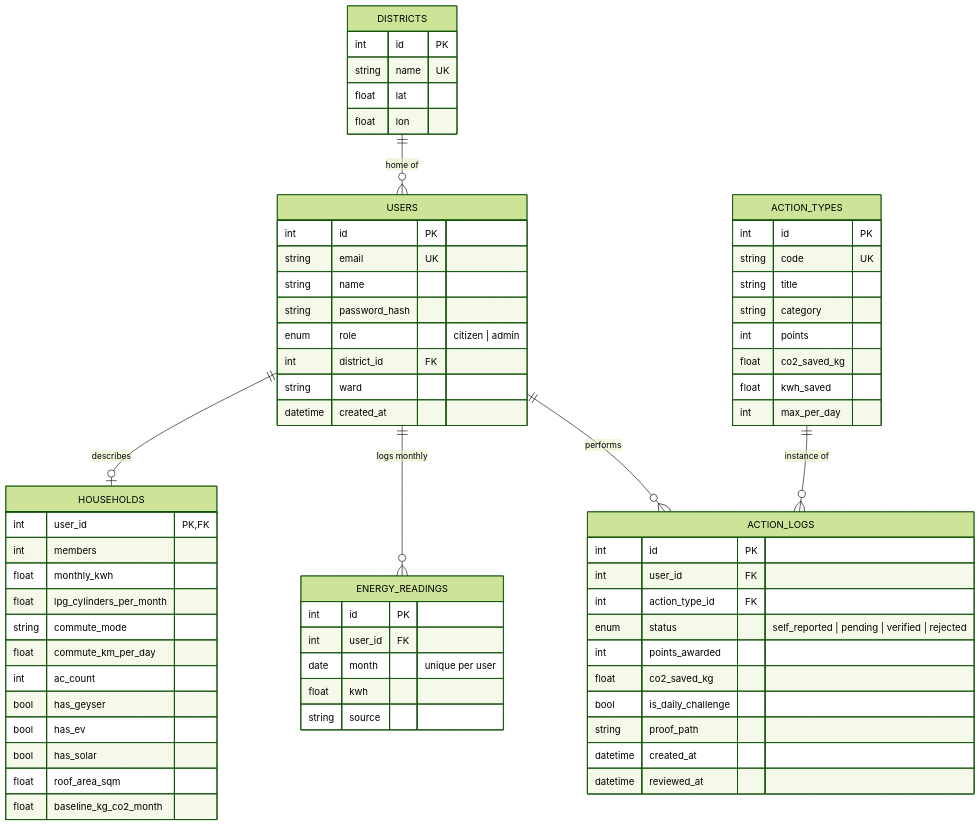
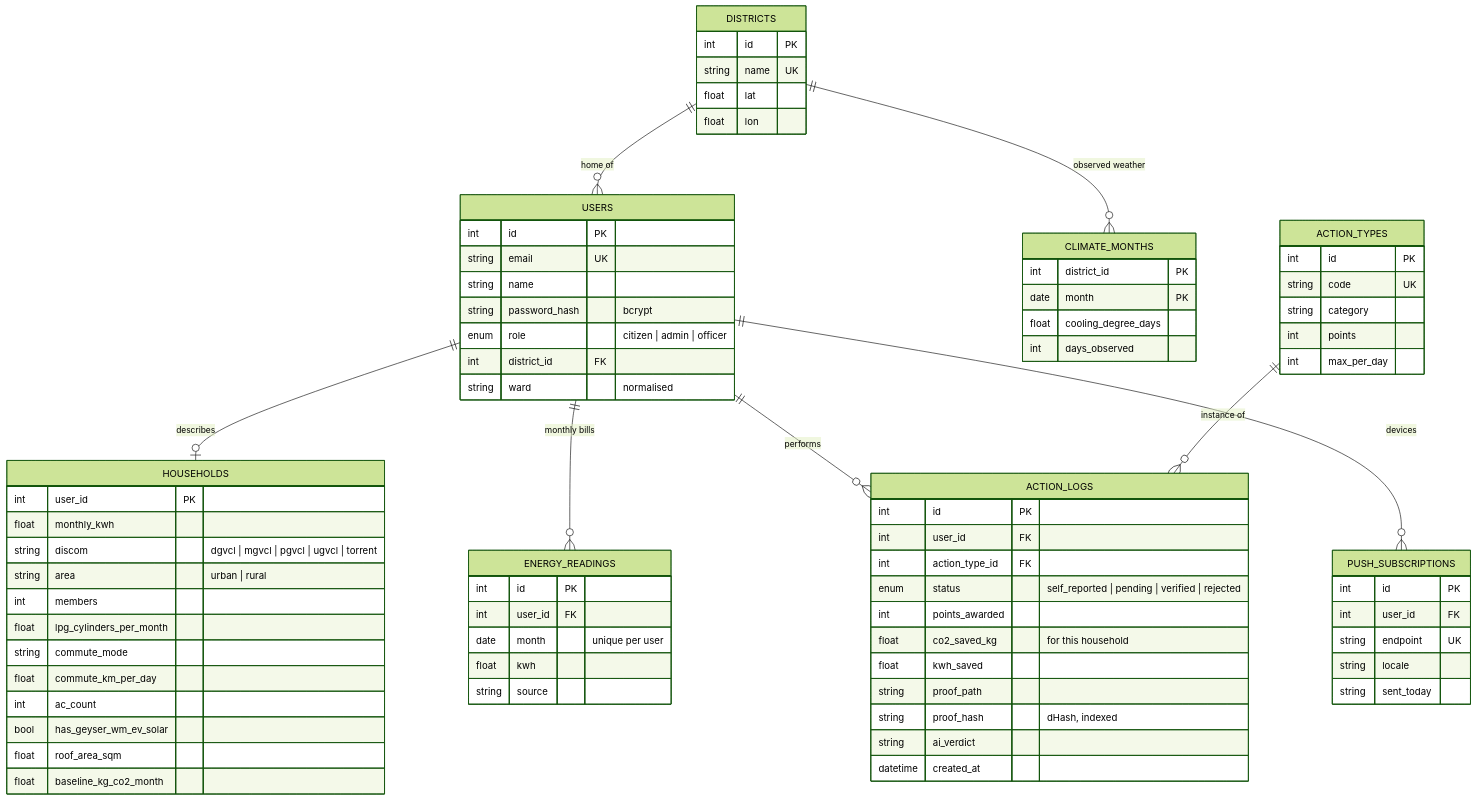
Before and after one commit to neevmodh/LiFEline: the second of 2 diagrams in README.md, drawn with Mermaid (forest theme). The commit also changed other lines of this file and 14 other files, not shown here.

First line of the commit message:
README rewritten for the finale; screenshots retaken from real app flows

````diff
--- a/README.md
+++ b/README.md
@@ -229,56 +202,64 @@
 ```mermaid
 erDiagram
     DISTRICTS ||--o{ USERS : "home of"
+    DISTRICTS ||--o{ CLIMATE_MONTHS : "observed weather"
     USERS ||--o| HOUSEHOLDS : "describes"
-    USERS ||--o{ ENERGY_READINGS : "logs monthly"
+    USERS ||--o{ ENERGY_READINGS : "monthly bills"
     USERS ||--o{ ACTION_LOGS : "performs"
+    USERS ||--o{ PUSH_SUBSCRIPTIONS : "devices"
     ACTION_TYPES ||--o{ ACTION_LOGS : "instance of"
 
-    DISTRICTS { int id PK
-        string name UK
-        float lat
-        float lon }
     USERS { int id PK
         string email UK
         string name
-        string password_hash
-        enum role "citizen | admin"
+        string password_hash "bcrypt"
+        enum role "citizen | admin | officer"
         int district_id FK
-        string ward
-        datetime created_at }
-    HOUSEHOLDS { int user_id PK, FK
+        string ward "normalised" }
+    HOUSEHOLDS { int user_id PK
+        float monthly_kwh
+        string discom "dgvcl | mgvcl | pgvcl | ugvcl | torrent"
+        string area "urban | rural"
         int members
-        float monthly_kwh
         float lpg_cylinders_per_month
         string commute_mode
         float commute_km_per_day
         int ac_count
-        bool has_geyser
-        bool has_ev
-        bool has_solar
+        bool has_geyser_wm_ev_solar
         float roof_area_sqm
         float baseline_kg_co2_month }
     ENERGY_READINGS { int id PK
         int user_id FK
         date month "unique per user"
         float kwh
         string source }
-    ACTION_TYPES { int id PK
-        string code UK
-        string title
-        string category
-        int points
-        float co2_saved_kg
-        float kwh_saved
-        int max_per_day }
     ACTION_LOGS { int id PK
         int user_id FK
         int action_type_id FK
         enum status "self_reported | pending | verified | rejected"
         int points_awarded
-        float co2_saved_kg
-        bool is_daily_challenge
+        float co2_saved_kg "for this household"
+        float kwh_saved
         string proof_path
-        datetime created_at
-        datetime reviewed_at }
+        string proof_hash "dHash, indexed"
+        string ai_verdict
+        datetime created_at }
+    ACTION_TYPES { int id PK
+        string code UK
+        string category
+        int points
+        int max_per_day }
+    CLIMATE_MONTHS { int district_id PK
+        date month PK
+        float cooling_degree_days
+        int days_observed }
+    PUSH_SUBSCRIPTIONS { int id PK
+        int user_id FK
+        string endpoint UK
+        string locale
+        string sent_today }
+    DISTRICTS { int id PK
+        string name UK
+        float lat
+        float lon }
 ```
````
